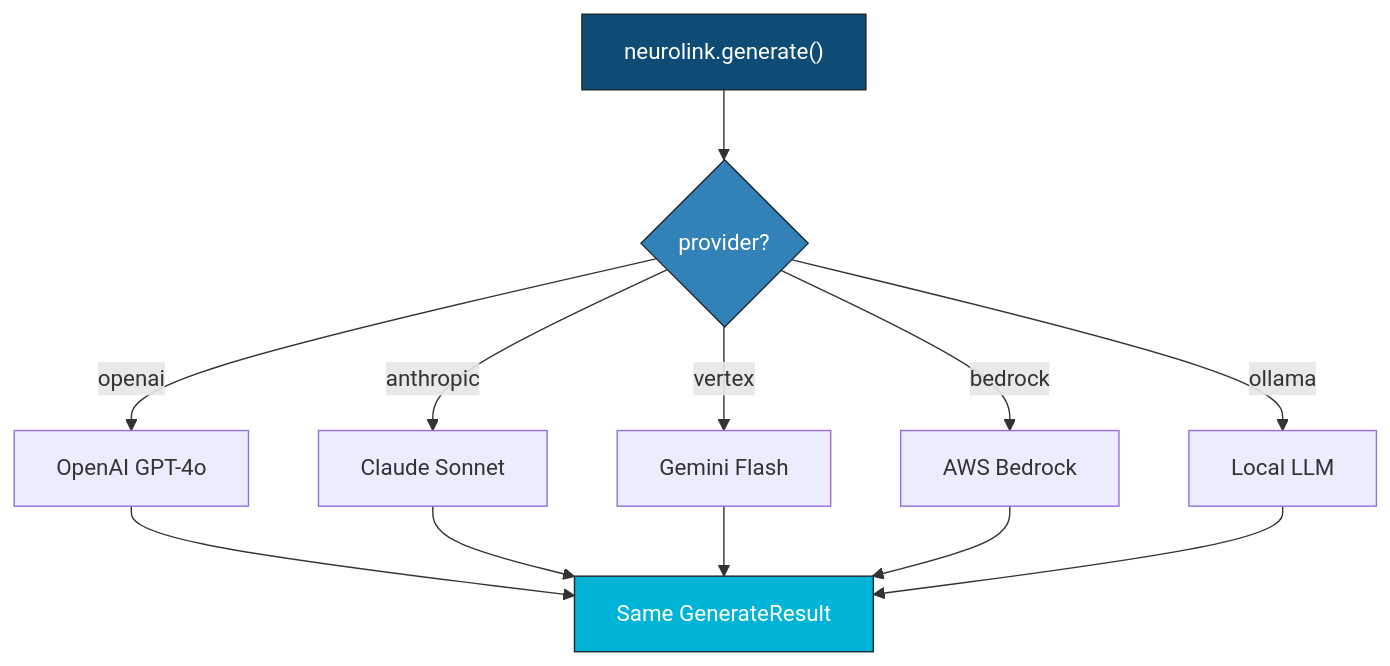
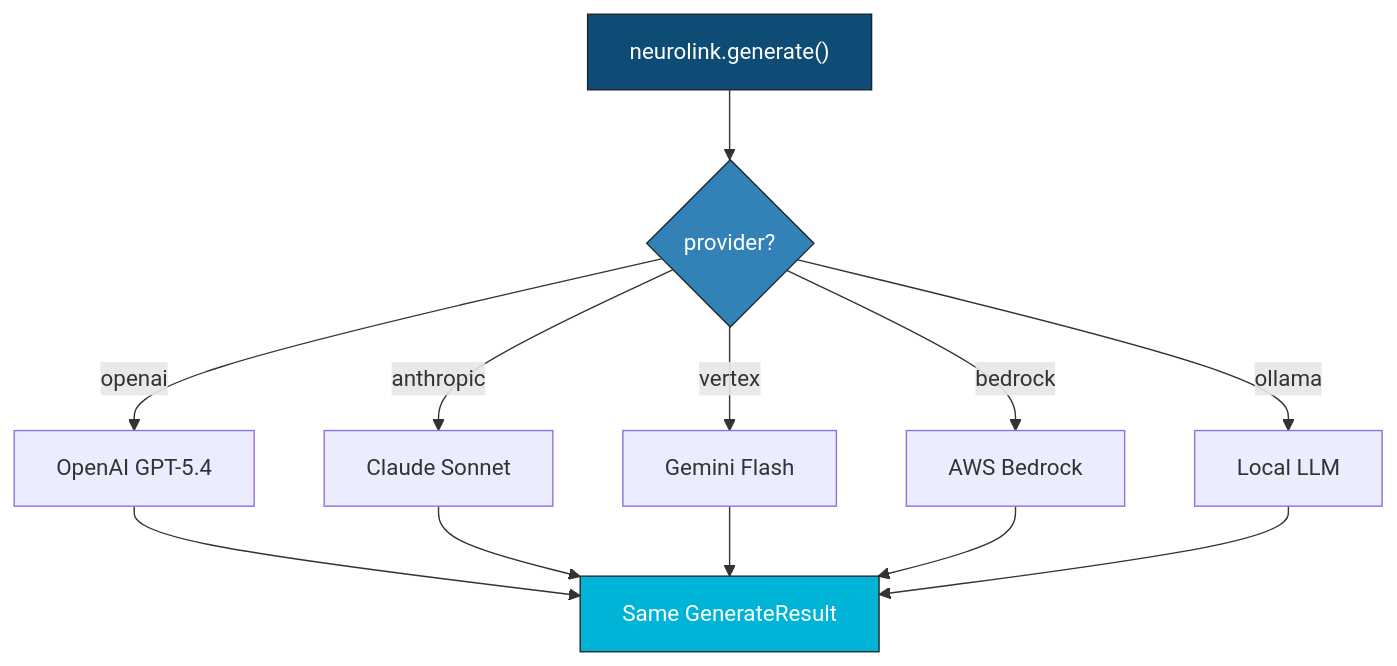
One commit to juspay/neurolink-blog changed the second of 2 diagrams in _posts/2025-06-11-getting-started-first-ai-app.md. Above: the diagram before and after it, drawn with Mermaid. The commit also changed other lines of this file and 172 other files, not shown here.

````diff
--- a/_posts/2025-06-11-getting-started-first-ai-app.md
+++ b/_posts/2025-06-11-getting-started-first-ai-app.md
@@ -258,17 +258,17 @@
 ```mermaid
 flowchart TD
     A["neurolink.generate()"] --> B{"provider?"}
-    B -->|"openai"| C["OpenAI GPT-4o"]
+    B -->|"openai"| C["OpenAI GPT-5.4"]
     B -->|"anthropic"| D["Claude Sonnet"]
     B -->|"vertex"| E["Gemini Flash"]
     B -->|"bedrock"| F["AWS Bedrock"]
     B -->|"ollama"| G["Local LLM"]
     C --> H["Same GenerateResult"]
     D --> H
     E --> H
     F --> H
     G --> H
     style A fill:#0f4c75,stroke:#1b262c,color:#fff
     style B fill:#3282b8,stroke:#1b262c,color:#fff
     style H fill:#00b4d8,stroke:#1b262c,color:#fff
 ```
````
